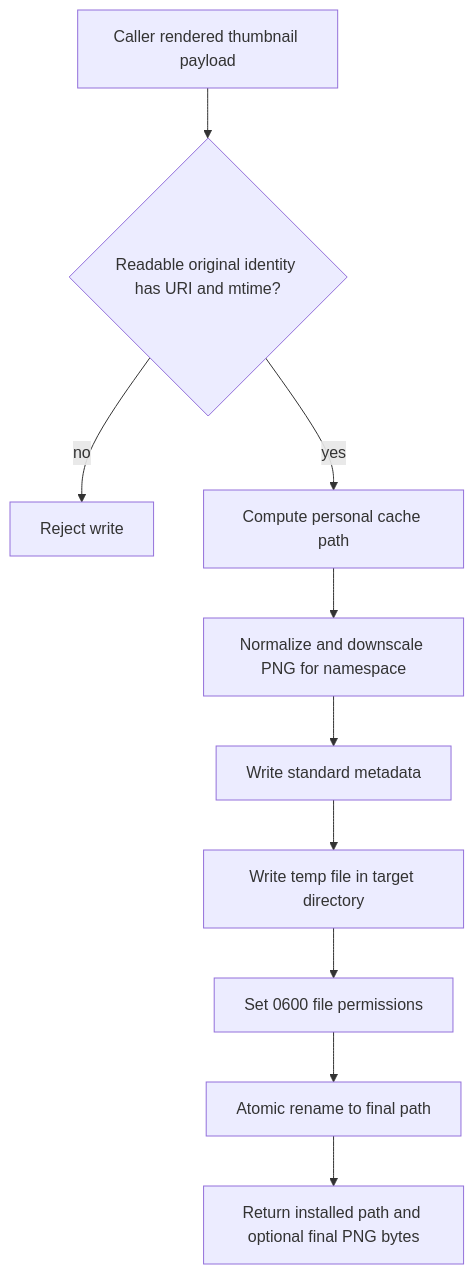
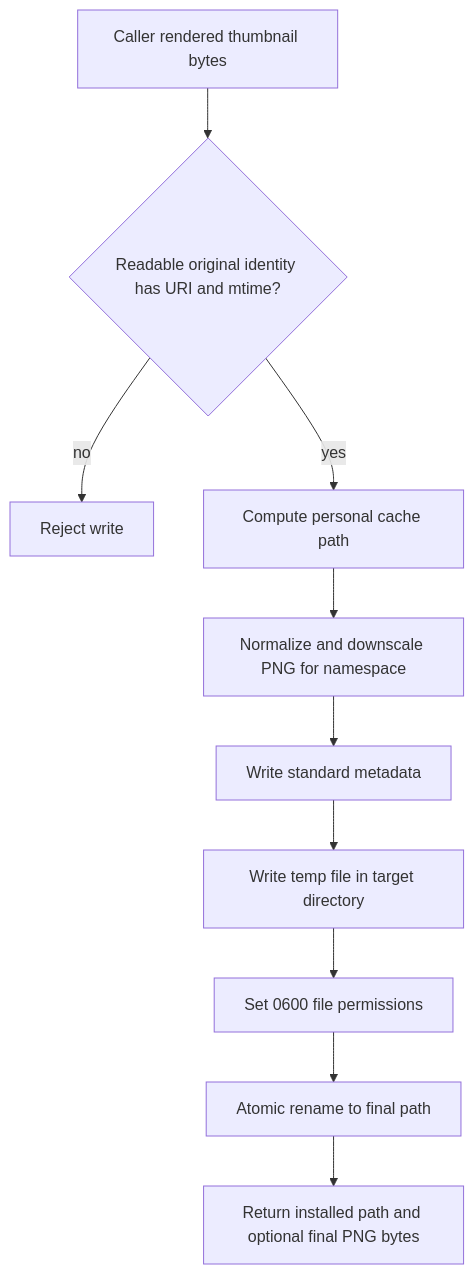
Before and after one commit to hnjae/xdg-thumbnail: the second of 2 diagrams in docs/architecture/thumbnail-lifecycle.md, drawn with Mermaid. The commit also changed other lines of this file and 18 other files, not shown here.

````diff
--- a/docs/architecture/thumbnail-lifecycle.md
+++ b/docs/architecture/thumbnail-lifecycle.md
@@ -60,12 +60,12 @@
 ```mermaid
 flowchart TD
-    A[Caller rendered thumbnail payload] --> B{Readable original identity has URI and mtime?}
+    A[Caller rendered thumbnail bytes] --> B{Readable original identity has URI and mtime?}
     B -- no --> C[Reject write]
     B -- yes --> D[Compute personal cache path]
     D --> E[Normalize and downscale PNG for namespace]
     E --> F[Write standard metadata]
     F --> G[Write temp file in target directory]
     G --> H[Set 0600 file permissions]
     H --> I[Atomic rename to final path]
     I --> J[Return installed path and optional final PNG bytes]
 ```
````
